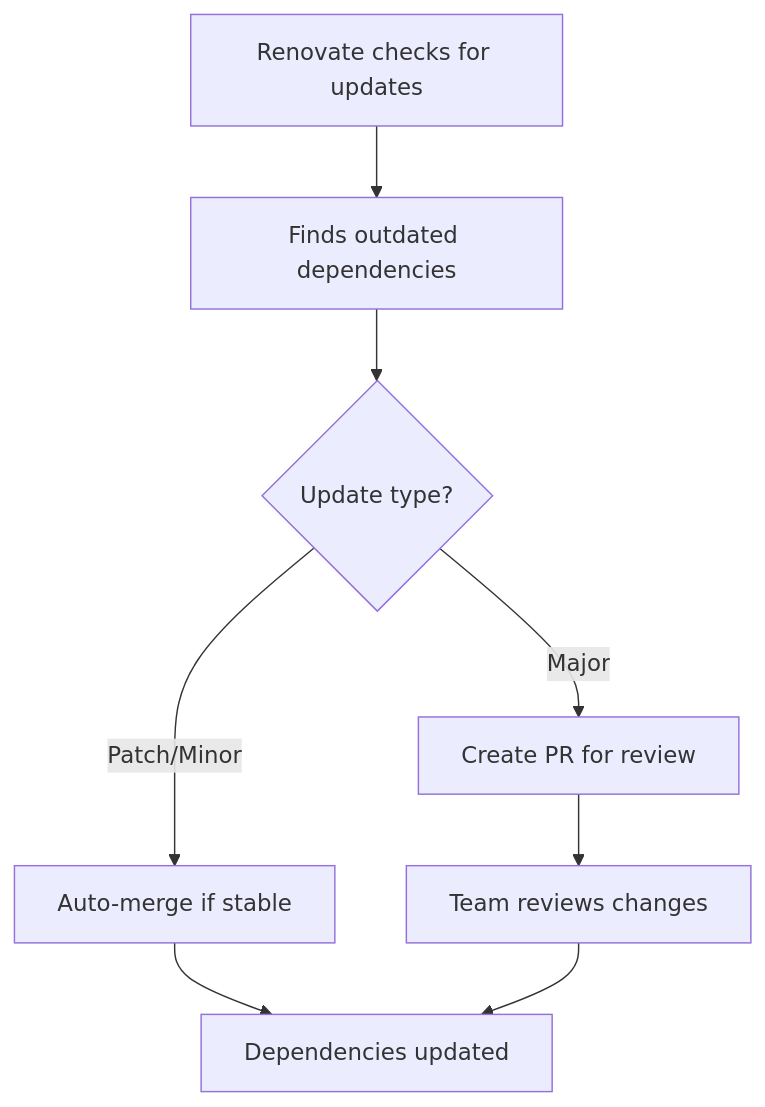
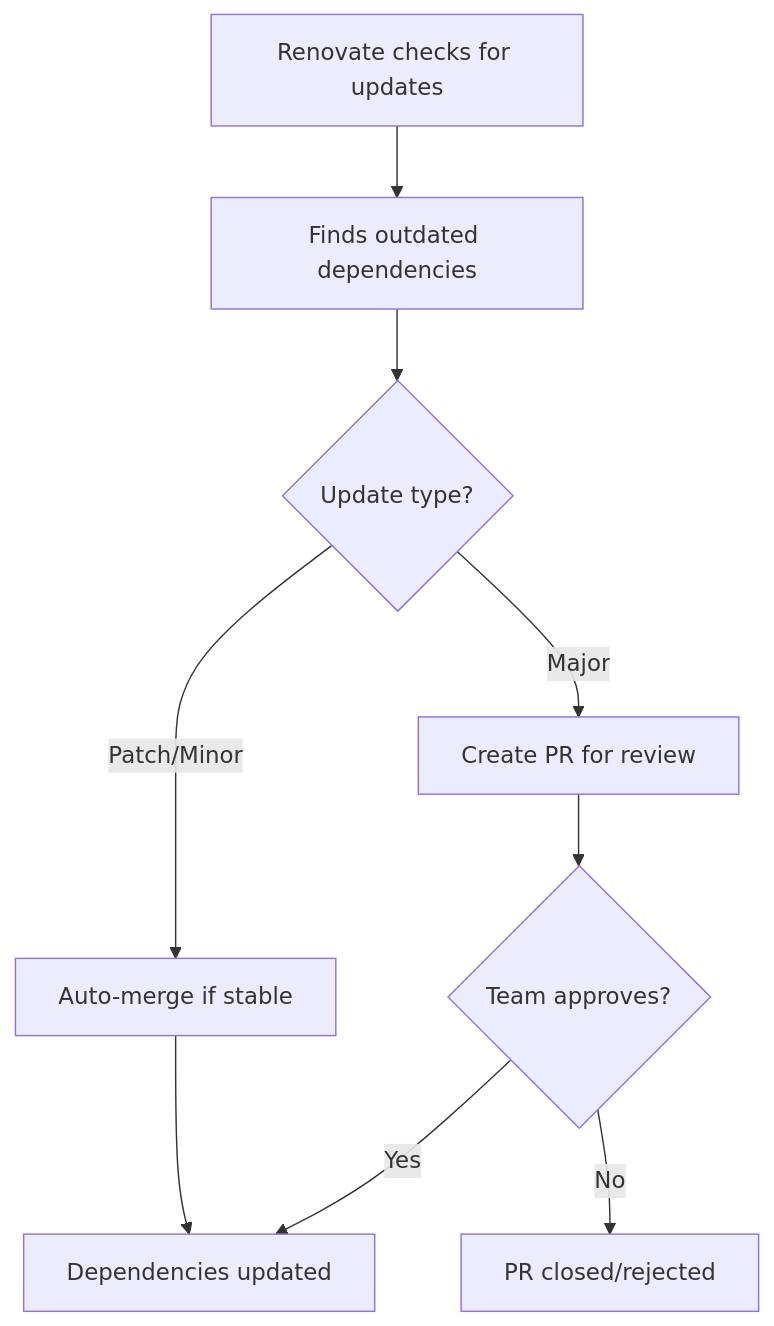
The diagram in docs/content/3.tools/9.renovate.md (TerrorSquad/php-booster), drawn with Mermaid before and after one commit. The commit also changed other lines of this file and 1 other file, not shown here.

````diff
--- a/docs/content/3.tools/9.renovate.md
+++ b/docs/content/3.tools/9.renovate.md
@@ -11,10 +11,11 @@
 ```mermaid
 graph TD
     A[Renovate checks for updates] --> B[Finds outdated dependencies]
     B --> C{Update type?}
     C -->|Patch/Minor| D[Auto-merge if stable]
     C -->|Major| E[Create PR for review]
     D --> F[Dependencies updated]
-    E --> G[Team reviews changes]
-    G --> F
+    E --> G{Team approves?}
+    G -->|Yes| F
+    G -->|No| H[PR closed/rejected]
 ```
````
